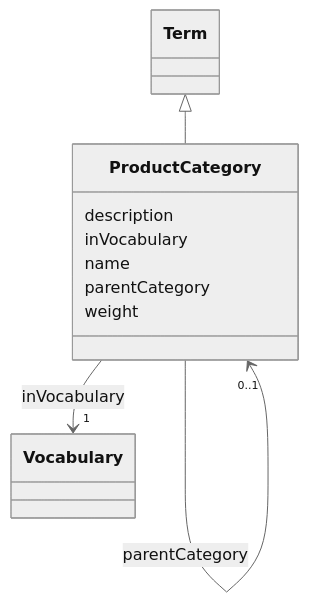
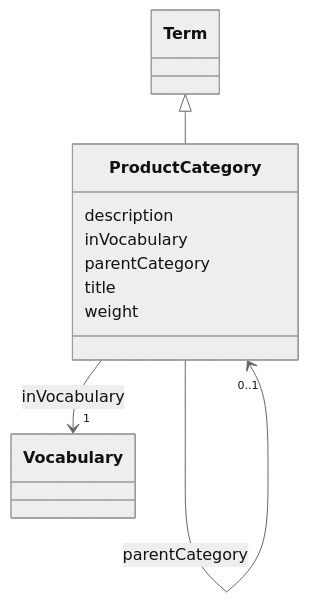
Before and after one commit to EVORA-project/evora-ontology: the diagram in models/docs/ProductCategory.md, drawn with Mermaid (neutral theme). The commit also changed other lines of this file and 435 other files, not shown here.

````diff
--- a/models/docs/ProductCategory.md
+++ b/models/docs/ProductCategory.md
@@ -19,33 +19,33 @@
 ```mermaid
  classDiagram
     class ProductCategory
     click ProductCategory href "../ProductCategory"
       Term <|-- ProductCategory
         click Term href "../Term"
       
       ProductCategory : description
         
       ProductCategory : inVocabulary
         
           
     
     
     ProductCategory --> "1" Vocabulary : inVocabulary
     click Vocabulary href "../Vocabulary"
 
         
-      ProductCategory : name
-        
       ProductCategory : parentCategory
         
           
     
     
     ProductCategory --> "0..1" ProductCategory : parentCategory
     click ProductCategory href "../ProductCategory"
 
         
+      ProductCategory : title
+        
       ProductCategory : weight
         
       
 ```
````
